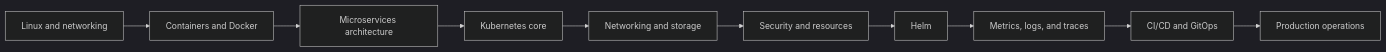
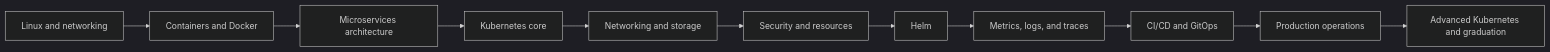
Before and after one commit to acloudmonk/kubernetes-notes: the diagram in README.md, drawn with Mermaid (dark theme). The commit also changed other lines of this file and 19 other files, not shown here.

````diff
--- a/README.md
+++ b/README.md
@@ -32,12 +32,13 @@
 ```mermaid
 flowchart LR
     A[Linux and networking] --> B[Containers and Docker]
     B --> C[Microservices architecture]
     C --> D[Kubernetes core]
     D --> E[Networking and storage]
     E --> F[Security and resources]
     F --> G[Helm]
     G --> H[Metrics, logs, and traces]
     H --> I[CI/CD and GitOps]
     I --> J[Production operations]
+    J --> K[Advanced Kubernetes and graduation]
 ```
````
